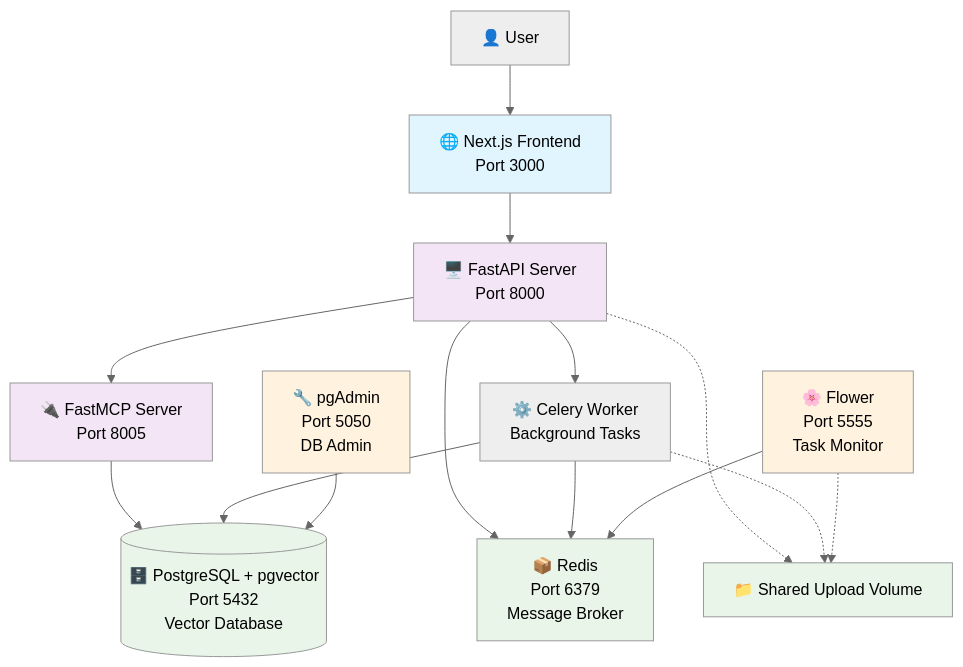
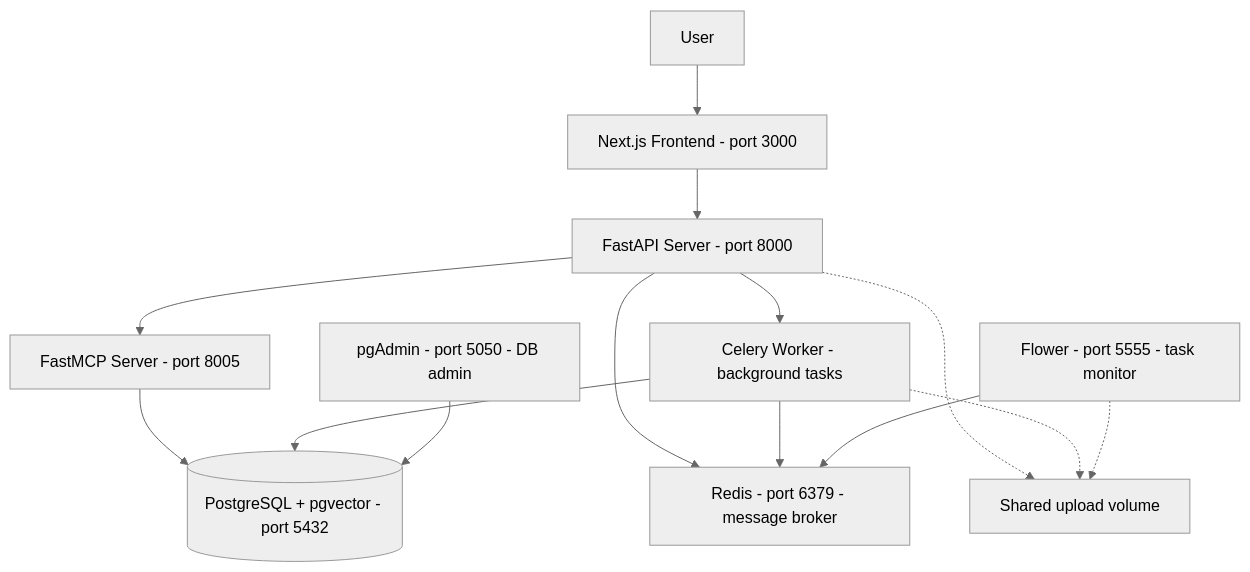
The third of 3 diagrams in README.md (AbQaadir/mcp-chat-bot), drawn with Mermaid (neutral theme) before and after one commit. The commit also changed other lines of this file, not shown here.

Commit message:
docs: rewrite README as a blog-style article with diagrams

````diff
--- a/README.md
+++ b/README.md
@@ -17,44 +94,16 @@
 ```mermaid
-graph TB
-    %% User Layer
-    User[👤 User] --> Frontend
-    
-    %% Frontend Layer
-    Frontend[🌐 Next.js Frontend<br/>Port 3000] --> API
-    
-    %% API Layer
-    API[🖥️ FastAPI Server<br/>Port 8000] --> FastMCP
-    API --> Celery
-    API --> Redis
-    
-    %% MCP Layer
-    FastMCP[🔌 FastMCP Server<br/>Port 8005] --> DB
-    
-    %% Worker Layer
-    Celery[⚙️ Celery Worker<br/>Background Tasks] --> Redis
+flowchart TB
+    User[User] --> Frontend["Next.js Frontend - port 3000"]
+    Frontend --> API["FastAPI Server - port 8000"]
+    API --> MCP["FastMCP Server - port 8005"]
+    API --> Celery["Celery Worker - background tasks"]
+    API --> Redis["Redis - port 6379 - message broker"]
+    Celery --> Redis
+    MCP --> DB[("PostgreSQL + pgvector - port 5432")]
     Celery --> DB
-    
-    %% Storage Layer
-    Redis[📦 Redis<br/>Port 6379<br/>Message Broker]
-    DB[(🗄️ PostgreSQL + pgvector<br/>Port 5432<br/>Vector Database)]
-    
-    %% Monitoring Layer
-    Flower[🌸 Flower<br/>Port 5555<br/>Task Monitor] --> Redis
-    PgAdmin[🔧 pgAdmin<br/>Port 5050<br/>DB Admin] --> DB
-    
-    %% Shared Storage
-    API -.-> Uploads[📁 Shared Upload Volume]
+    Flower["Flower - port 5555 - task monitor"] --> Redis
+    PgAdmin["pgAdmin - port 5050 - DB admin"] --> DB
+    API -.-> Uploads["Shared upload volume"]
     Celery -.-> Uploads
     Flower -.-> Uploads
-    
-    %% Styling
-    classDef frontend fill:#e1f5fe
-    classDef backend fill:#f3e5f5
-    classDef storage fill:#e8f5e8
-    classDef monitoring fill:#fff3e0
-    
-    class Frontend frontend
-    class API,FastMCP backend
-    class Redis,DB,Uploads storage
-    class Flower,PgAdmin monitoring
 ```
````
